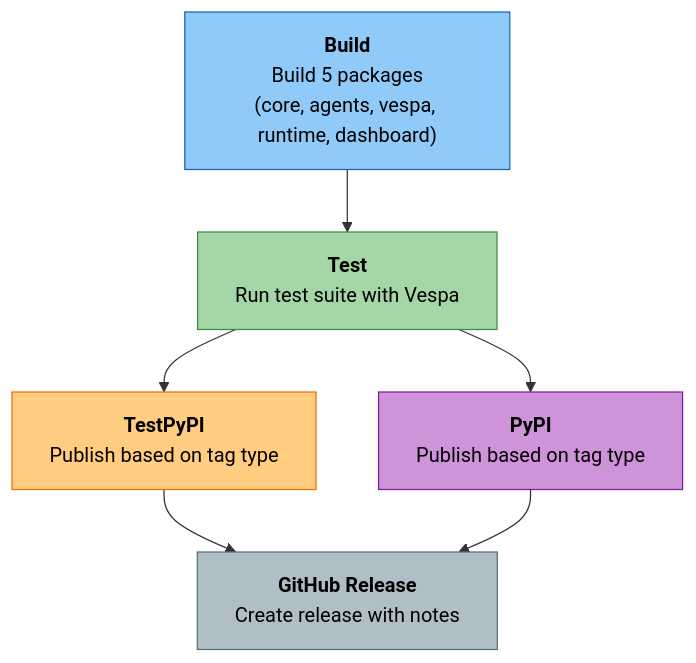
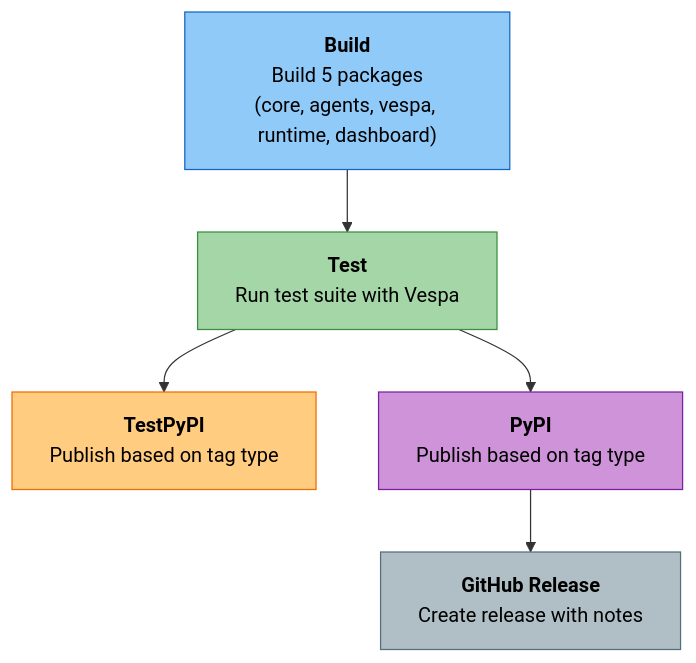
Before and after one commit to amit-jain/cogniverse: the second of 2 diagrams in docs/development/publishing-guide.md, drawn with Mermaid. The commit also changed other lines of this file and 50 other files, not shown here.

First line of the commit message:
Complete and verify docs against code with mermaid palette

````diff
--- a/docs/development/publishing-guide.md
+++ b/docs/development/publishing-guide.md
@@ -572,20 +587,19 @@
 ```mermaid
 flowchart TD
     A["<span style='color:#000'><b>Build</b><br/>Build 5 packages<br/>(core, agents, vespa, runtime, dashboard)</span>"]
     B["<span style='color:#000'><b>Test</b><br/>Run test suite with Vespa</span>"]
     C["<span style='color:#000'><b>TestPyPI</b><br/>Publish based on tag type</span>"]
     D["<span style='color:#000'><b>PyPI</b><br/>Publish based on tag type</span>"]
     E["<span style='color:#000'><b>GitHub Release</b><br/>Create release with notes</span>"]
 
     A --> B
     B --> C
     B --> D
-    C --> E
     D --> E
 
     style A fill:#90caf9,stroke:#1565c0,color:#000
     style B fill:#a5d6a7,stroke:#388e3c,color:#000
     style C fill:#ffcc80,stroke:#ef6c00,color:#000
     style D fill:#ce93d8,stroke:#7b1fa2,color:#000
     style E fill:#b0bec5,stroke:#546e7a,color:#000
 ```
````
